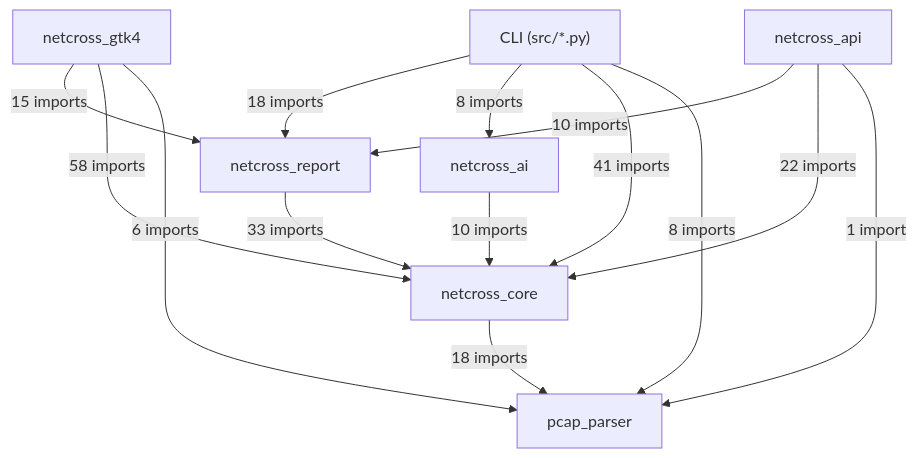
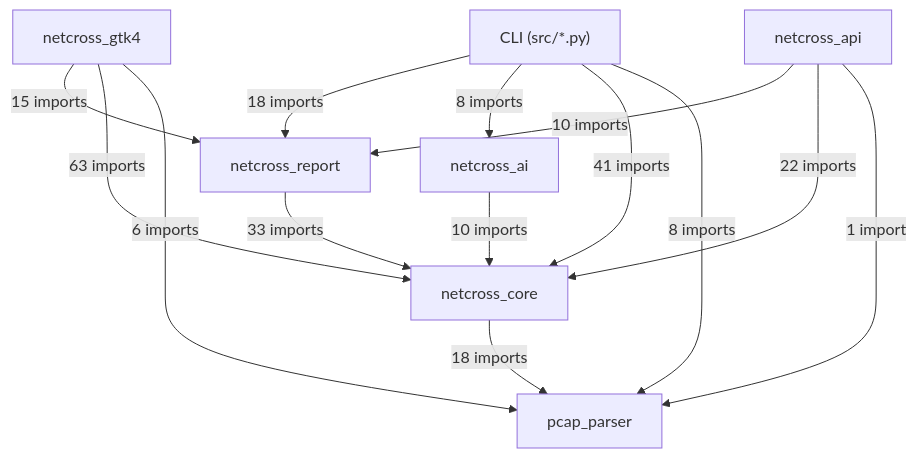
The first of 19 diagrams in docs/class-diagram.md (Mathide-Team/Netcross), drawn with Mermaid before and after one commit. The commit also changed other lines of this file and 9 other files, not shown here.

````diff
--- a/docs/class-diagram.md
+++ b/docs/class-diagram.md
@@ -26,23 +26,23 @@
 ```mermaid
 flowchart TD
     CLI["CLI (src/*.py)"]
     netcross_gtk4["netcross_gtk4"]
     netcross_api["netcross_api"]
     netcross_report["netcross_report"]
     netcross_ai["netcross_ai"]
     netcross_core["netcross_core"]
     pcap_parser["pcap_parser"]
     CLI -->|"18 imports"| netcross_report
     CLI -->|"8 imports"| netcross_ai
     CLI -->|"41 imports"| netcross_core
     CLI -->|"8 imports"| pcap_parser
     netcross_gtk4 -->|"15 imports"| netcross_report
-    netcross_gtk4 -->|"58 imports"| netcross_core
+    netcross_gtk4 -->|"63 imports"| netcross_core
     netcross_gtk4 -->|"6 imports"| pcap_parser
     netcross_api -->|"10 imports"| netcross_report
     netcross_api -->|"22 imports"| netcross_core
     netcross_api -->|"1 import"| pcap_parser
     netcross_report -->|"33 imports"| netcross_core
     netcross_ai -->|"10 imports"| netcross_core
     netcross_core -->|"18 imports"| pcap_parser
 ```
````
